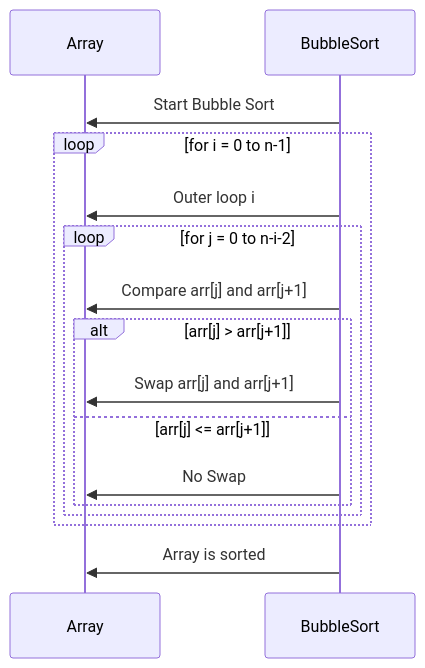
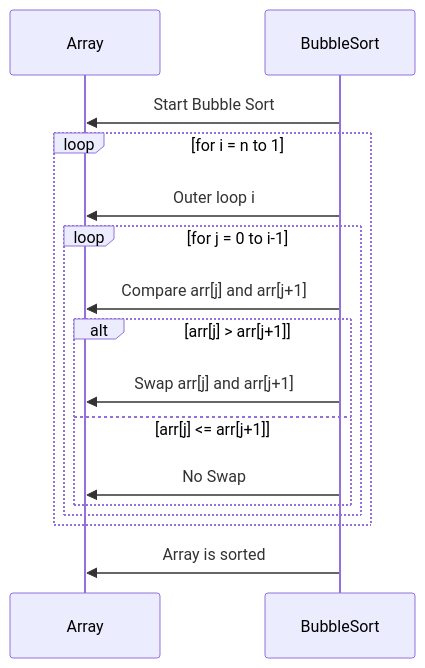
One commit to davidhintelmann/cpp-algorithms changed the diagram in docs/02-sorting.md. Above: the diagram before and after it, drawn with Mermaid.

Commit message:
mod docs for sorting

````diff
--- a/docs/02-sorting.md
+++ b/docs/02-sorting.md
@@ -15,19 +15,19 @@
 ```mermaid
 sequenceDiagram
     participant Array
     participant BubbleSort
 
     BubbleSort->>Array: Start Bubble Sort
-    loop for i = 0 to n-1
+    loop for i = n to 1
         BubbleSort->>Array: Outer loop i
-        loop for j = 0 to n-i-2
+        loop for j = 0 to i-1
             BubbleSort->>Array: Compare arr[j] and arr[j+1]
             alt arr[j] > arr[j+1]
                 BubbleSort->>Array: Swap arr[j] and arr[j+1]
             else arr[j] <= arr[j+1]
                 BubbleSort->>Array: No Swap
             end
         end
     end
     BubbleSort->>Array: Array is sorted
 ```
````
